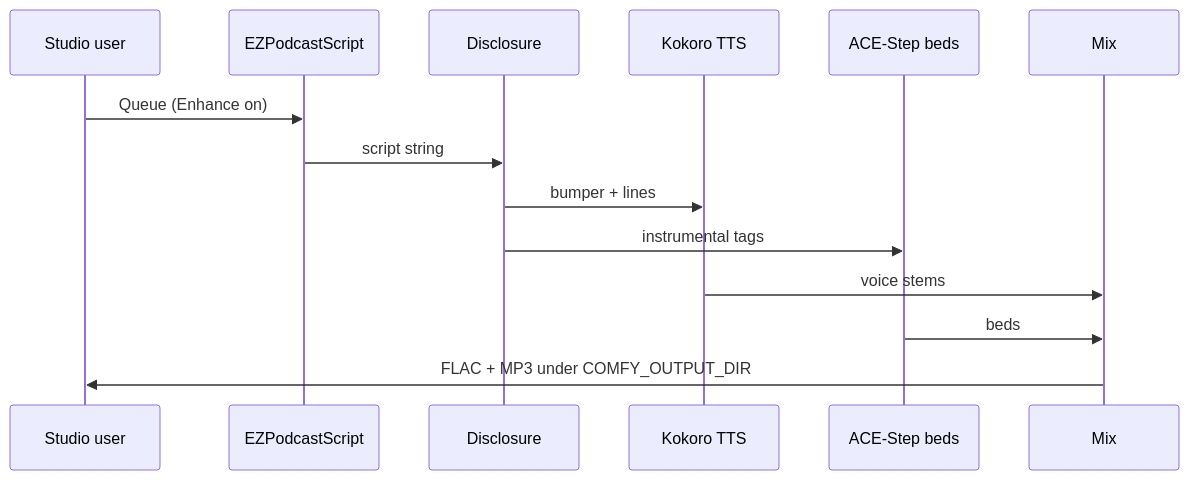
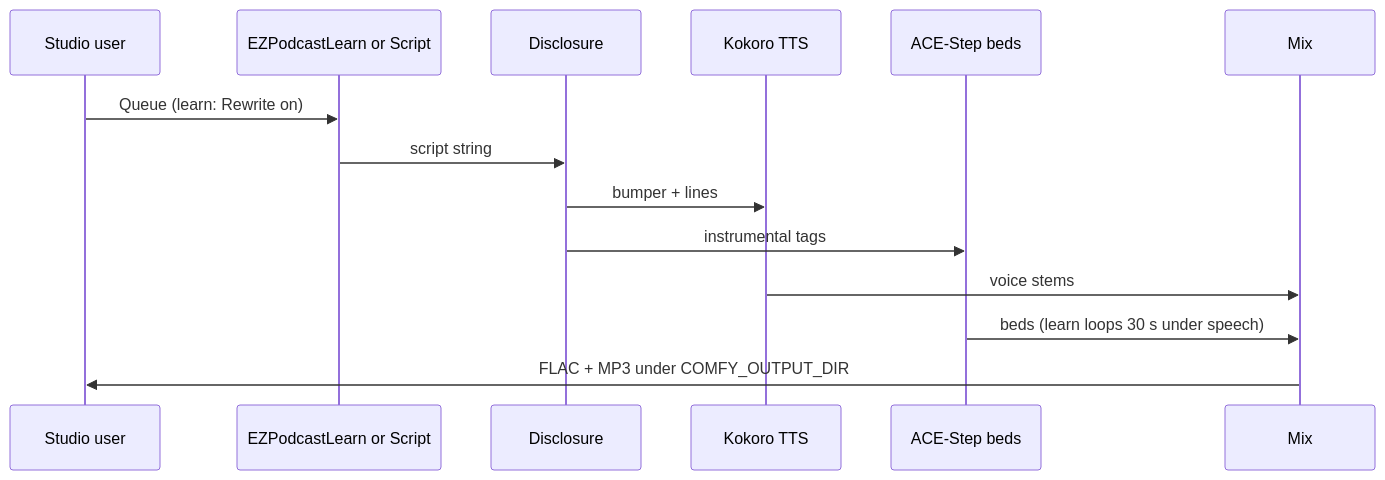
Before and after one commit to toxicoder/ez-comfy-stack: the diagram in docs/podcast.md, drawn with Mermaid. The commit also changed other lines of this file and 35 other files, not shown here.

````diff
--- a/docs/podcast.md
+++ b/docs/podcast.md
@@ -139,17 +172,17 @@
 ```mermaid
 sequenceDiagram
   participant U as Studio user
-  participant S as EZPodcastScript
+  participant L as EZPodcastLearn or Script
   participant D as Disclosure
   participant K as Kokoro TTS
   participant A as ACE-Step beds
   participant M as Mix
 
-  U->>S: Queue (Enhance on)
-  S->>D: script string
+  U->>L: Queue (learn: Rewrite on)
+  L->>D: script string
   D->>K: bumper + lines
   D->>A: instrumental tags
   K->>M: voice stems
-  A->>M: beds
+  A->>M: beds (learn loops 30 s under speech)
   M->>U: FLAC + MP3 under COMFY_OUTPUT_DIR
 ```
````
